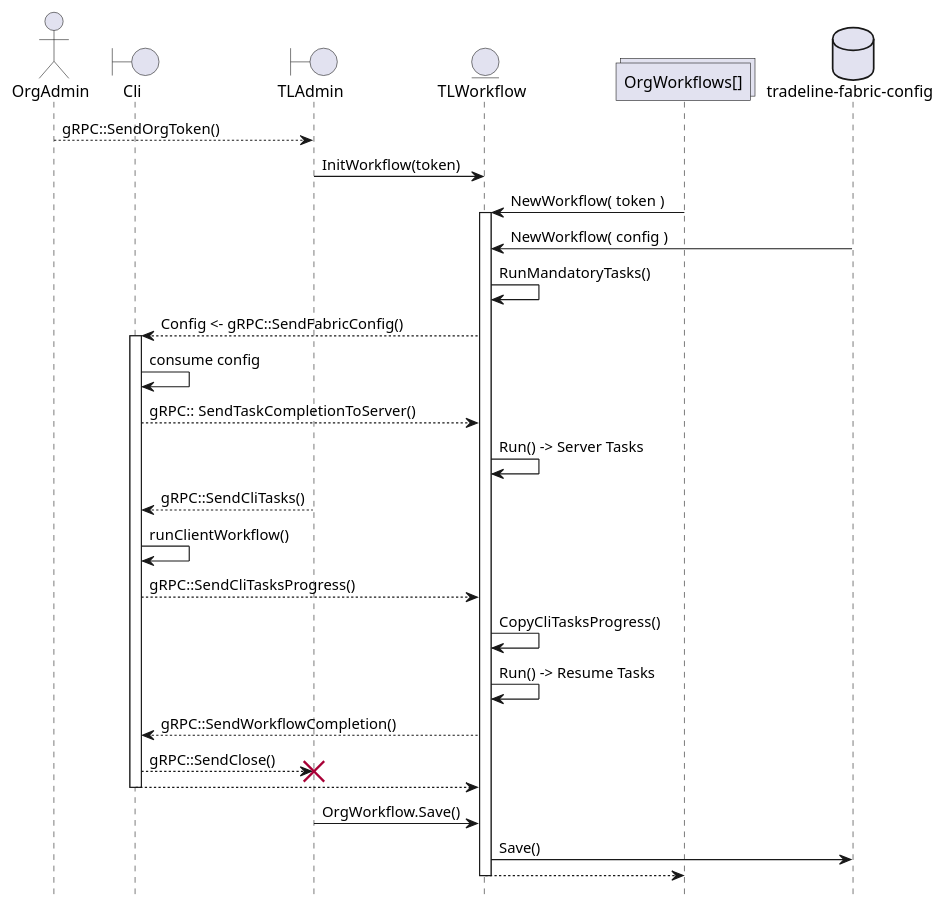
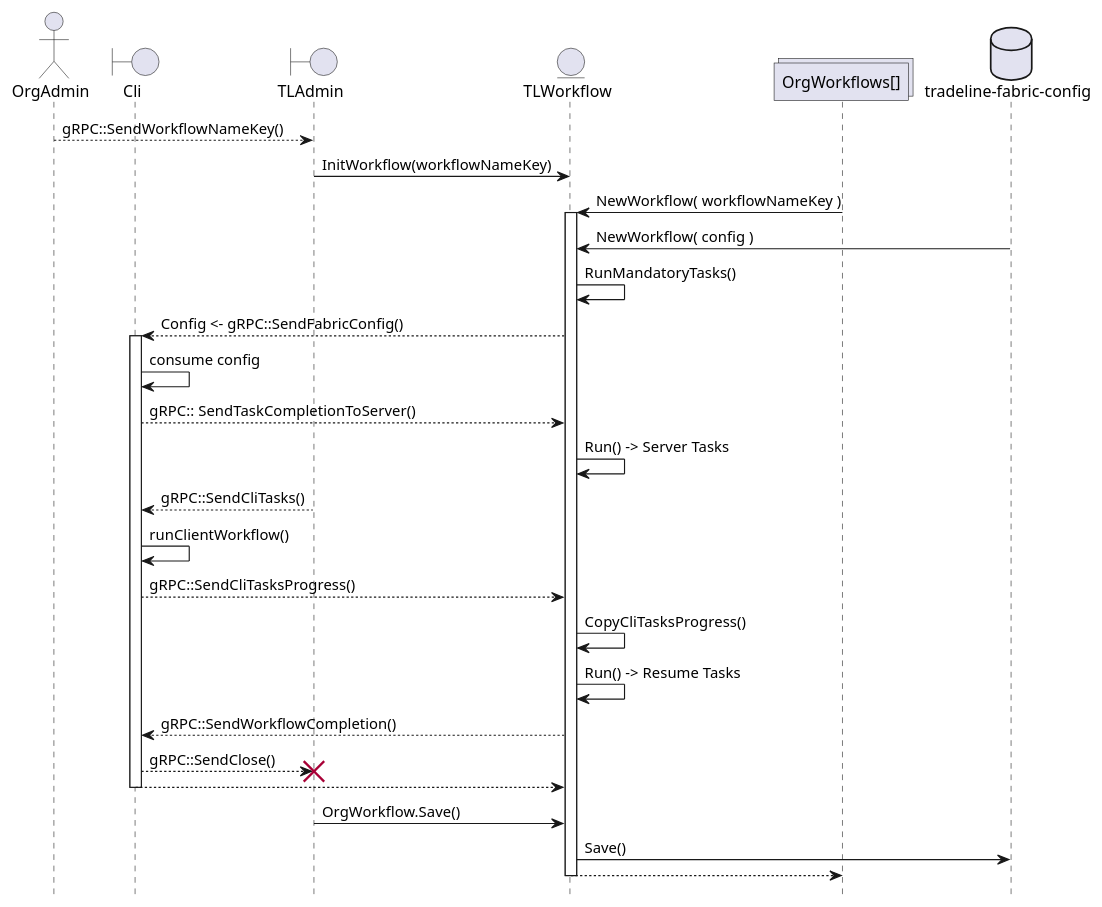
One commit to blewater/boxed changed the diagram in docs/workflowapi.puml. Above: the diagram before and after it, drawn with PlantUML. The commit also changed 5 other files, not shown here.

Commit message:
Org token to workflow name key

```diff
--- a/docs/workflowapi.puml
+++ b/docs/workflowapi.puml
@@ -1,36 +1,36 @@
 @startuml
 hide footbox
 
 actor OrgAdmin
 boundary "Cli"
 boundary TLAdmin
 entity TLWorkflow
 collections "OrgWorkflows[]"
 database "tradeline-fabric-config"
 
-OrgAdmin  --> TLAdmin : gRPC::SendOrgToken()
-TLAdmin -> TLWorkflow : InitWorkflow(token)
-TLWorkflow <- "OrgWorkflows[]" : NewWorkflow( token )
+OrgAdmin  --> TLAdmin : gRPC::SendWorkflowNameKey()
+TLAdmin -> TLWorkflow : InitWorkflow(workflowNameKey)
+TLWorkflow <- "OrgWorkflows[]" : NewWorkflow( workflowNameKey )
     Activate TLWorkflow
     TLWorkflow <- "tradeline-fabric-config": NewWorkflow( config )
     TLWorkflow ->  TLWorkflow : RunMandatoryTasks()
     TLWorkflow  --> Cli : Config <- gRPC::SendFabricConfig()
 
         Activate Cli
         Cli -> Cli : consume config
         Cli --> TLWorkflow : gRPC:: SendTaskCompletionToServer()
         TLWorkflow -> TLWorkflow : Run() -> Server Tasks
         TLAdmin --> "Cli" : gRPC::SendCliTasks()
         Cli -> Cli : runClientWorkflow()
         Cli --> TLWorkflow : gRPC::SendCliTasksProgress()
         TLWorkflow -> TLWorkflow : CopyCliTasksProgress()
         TLWorkflow -> TLWorkflow : Run() -> Resume Tasks
         TLWorkflow --> Cli : gRPC::SendWorkflowCompletion()
         Cli --> TLAdmin !! : gRPC::SendClose()
         return
 
     TLAdmin -> TLWorkflow : OrgWorkflow.Save()
     TLWorkflow -> "tradeline-fabric-config" : Save()
 
     return
 @enduml
```
